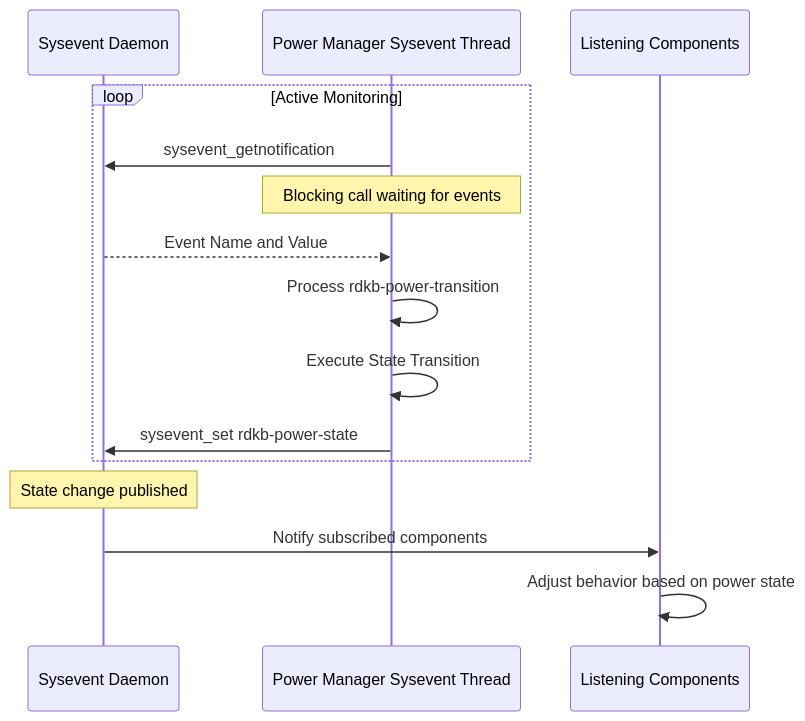
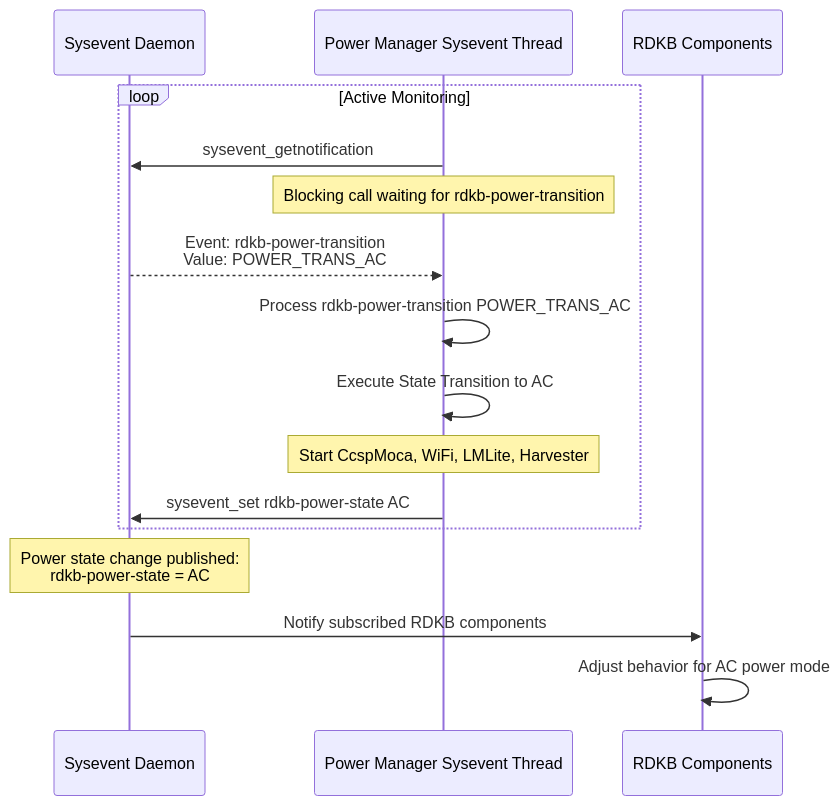
One commit to rns21/RDK_Documentation changed the seventh of 7 diagrams in docs/docu/dec17/power-manager-feb27.md. Above: the diagram before and after it, drawn with Mermaid. The commit also changed other lines of this file, not shown here.

````diff
--- a/docs/docu/dec17/power-manager-feb27.md
+++ b/docs/docu/dec17/power-manager-feb27.md
@@ -352,19 +383,20 @@
 ```mermaid
 sequenceDiagram
     participant Sysevent as Sysevent Daemon
     participant PowerMgr as Power Manager Sysevent Thread
-    participant Components as Listening Components
+    participant Components as RDKB Components
 
     loop Active Monitoring
         PowerMgr->>Sysevent: sysevent_getnotification
-        Note over PowerMgr: Blocking call waiting for events
-        Sysevent-->>PowerMgr: Event Name and Value
-        PowerMgr->>PowerMgr: Process rdkb-power-transition
-        PowerMgr->>PowerMgr: Execute State Transition
-        PowerMgr->>Sysevent: sysevent_set rdkb-power-state
+        Note over PowerMgr: Blocking call waiting for rdkb-power-transition
+        Sysevent-->>PowerMgr: Event: rdkb-power-transition<br/>Value: POWER_TRANS_AC
+        PowerMgr->>PowerMgr: Process rdkb-power-transition POWER_TRANS_AC
+        PowerMgr->>PowerMgr: Execute State Transition to AC
+        Note over PowerMgr: Start CcspMoca, WiFi, LMLite, Harvester
+        PowerMgr->>Sysevent: sysevent_set rdkb-power-state AC
     end
     
-    Note over Sysevent: State change published
-    Sysevent->>Components: Notify subscribed components
-    Components->>Components: Adjust behavior based on power state
+    Note over Sysevent: Power state change published:<br/>rdkb-power-state = AC
+    Sysevent->>Components: Notify subscribed RDKB components
+    Components->>Components: Adjust behavior for AC power mode
 ```
````
